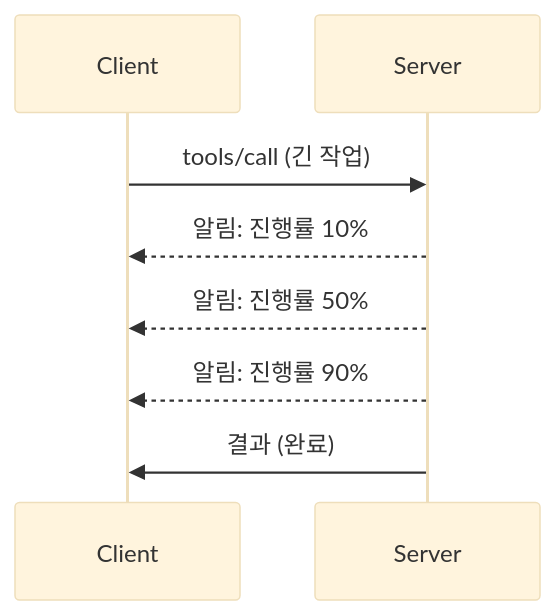
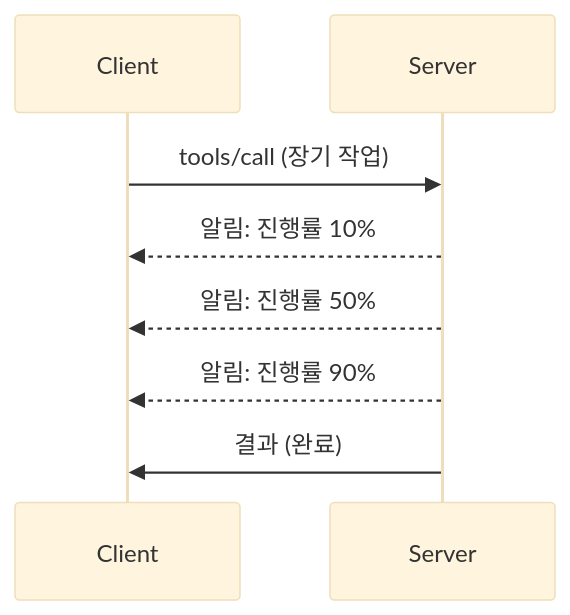
Before and after one commit to HIDORAKAI002/ai-workspace-archive: the diagram in mcp_ecosystem__model_context_protocol/mcp_learning_resources/mcp-for-beginners/translations/ko/05-AdvancedTopics/mcp-protocol-features/README.md, drawn with Mermaid (base theme). The commit also changed other lines of this file and 1046 other files, not shown here.

````diff
--- a/mcp_ecosystem__model_context_protocol/mcp_learning_resources/mcp-for-beginners/translations/ko/05-AdvancedTopics/mcp-protocol-features/README.md
+++ b/mcp_ecosystem__model_context_protocol/mcp_learning_resources/mcp-for-beginners/translations/ko/05-AdvancedTopics/mcp-protocol-features/README.md
@@ -22,11 +24,11 @@
 ```mermaid
 sequenceDiagram
     participant Client
     participant Server
     
-    Client->>Server: tools/call (긴 작업)
+    Client->>Server: tools/call (장기 작업)
     Server-->>Client: 알림: 진행률 10%
     Server-->>Client: 알림: 진행률 50%
     Server-->>Client: 알림: 진행률 90%
     Server->>Client: 결과 (완료)
 ```
````
